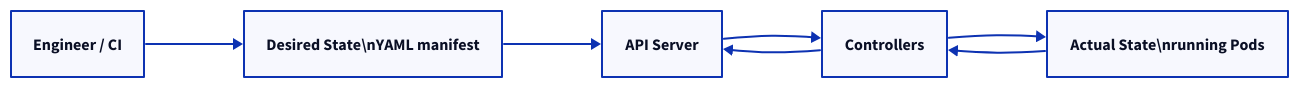
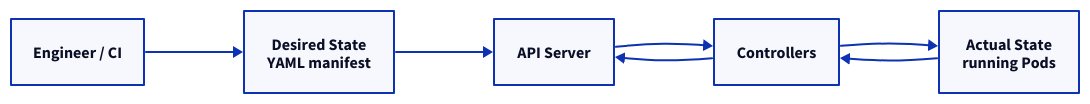
Before and after one commit to rebash-rebash/rebash-academy: the second of 2 diagrams in docs/kubernetes/introduction-to-kubernetes-and-orchestration.md, drawn with D2. The commit also changed other lines of this file and 177 other files, not shown here.

First line of the commit message:
Ship Terraform track, diagram polish, and new brand favicon.

````diff
--- a/docs/kubernetes/introduction-to-kubernetes-and-orchestration.md
+++ b/docs/kubernetes/introduction-to-kubernetes-and-orchestration.md
@@ -144,15 +144,15 @@
 ```d2
 direction: right
 
 USER: "Engineer / CI"
-    YAML: "Desired State\\nYAML manifest"
+    YAML: "Desired State\nYAML manifest"
     API: "API Server"
     CTRL: Controllers
-    ACTUAL: "Actual State\\nrunning Pods"
+    ACTUAL: "Actual State\nrunning Pods"
     USER -> YAML
     YAML -> API
     API -> CTRL
     CTRL -> ACTUAL
     ACTUAL -> CTRL
     CTRL -> API
 ```
````
